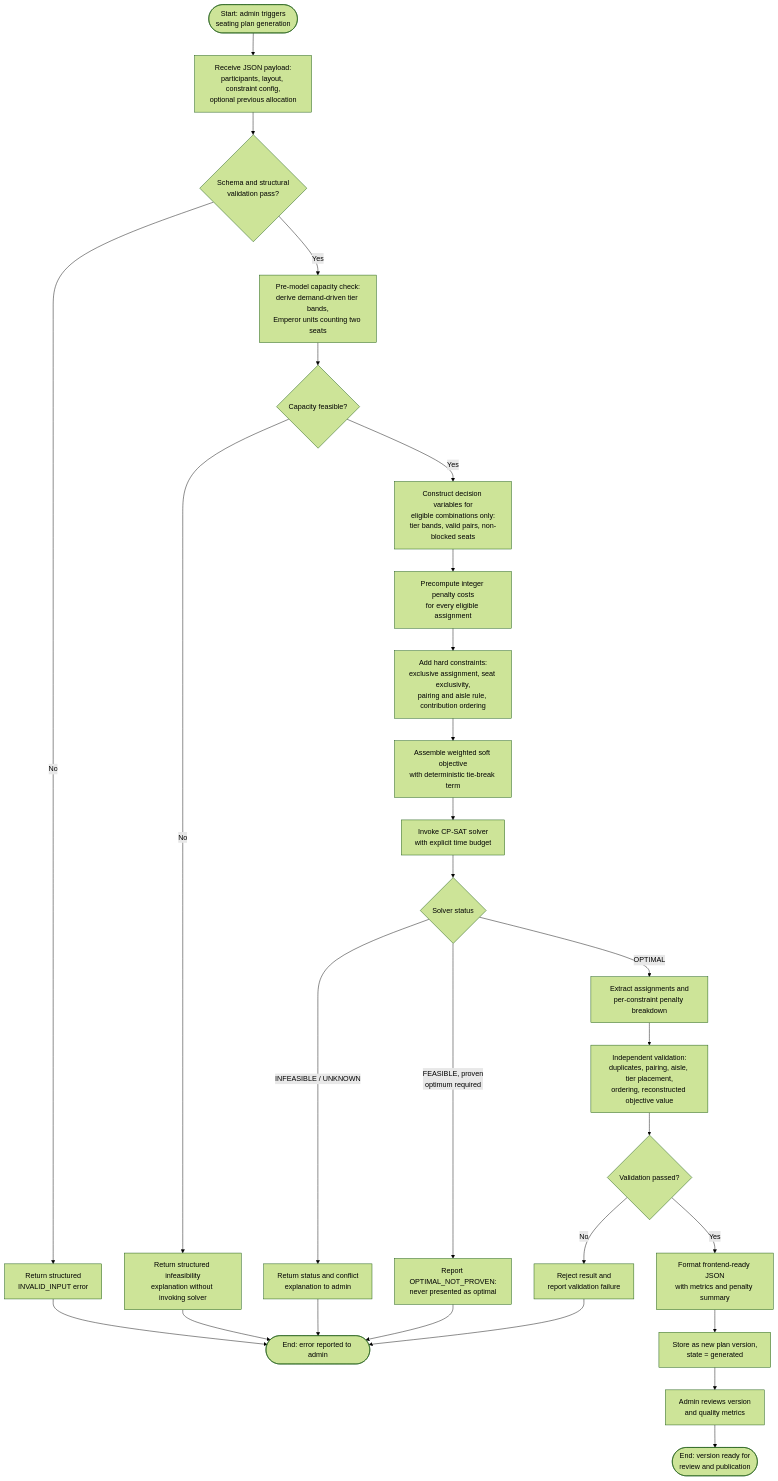
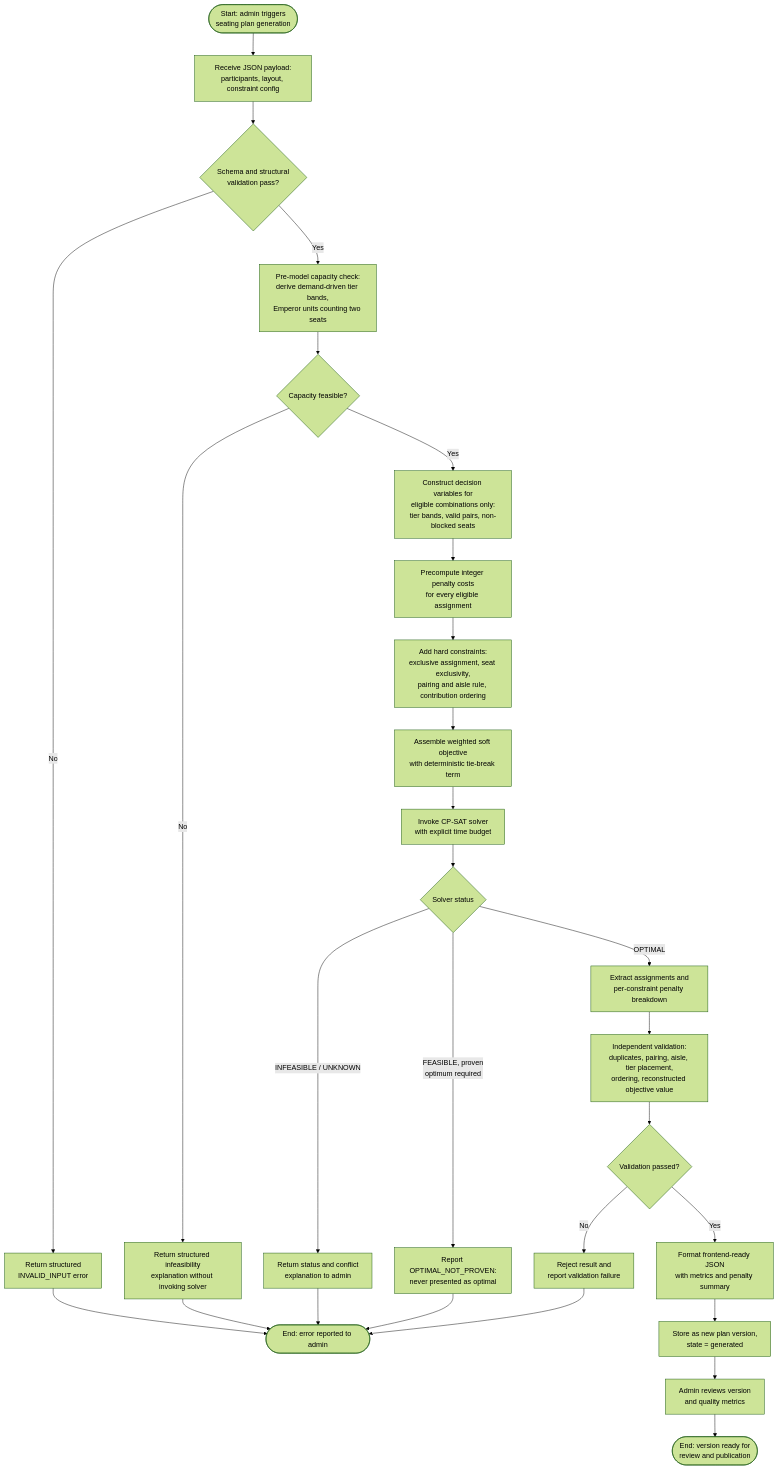
The eighth of 11 diagrams in FYP1/fyp_interim-report-refined.md (DariusShin/FYP-Seating-Allocation), drawn with Mermaid (forest theme) before and after one commit. The commit also changed other lines of this file and 8 other files, not shown here.

````diff
--- a/FYP1/fyp_interim-report-refined.md
+++ b/FYP1/fyp_interim-report-refined.md
@@ -526,25 +521,25 @@
 ```mermaid
 flowchart TD
-    S([Start: admin triggers<br/>seating plan generation]) --> A[Receive JSON payload:<br/>participants, layout, constraint config,<br/>optional previous allocation]
+    S([Start: admin triggers<br/>seating plan generation]) --> A[Receive JSON payload:<br/>participants, layout, constraint config]
     A --> B{Schema and structural<br/>validation pass?}
     B -->|No| C[Return structured<br/>INVALID_INPUT error] --> Z1([End: error reported to admin])
     B -->|Yes| D[Pre-model capacity check:<br/>derive demand-driven tier bands,<br/>Emperor units counting two seats]
     D --> E{Capacity feasible?}
     E -->|No| F[Return structured infeasibility<br/>explanation without invoking solver] --> Z1
     E -->|Yes| G[Construct decision variables for<br/>eligible combinations only:<br/>tier bands, valid pairs, non-blocked seats]
     G --> H[Precompute integer penalty costs<br/>for every eligible assignment]
     H --> I[Add hard constraints:<br/>exclusive assignment, seat exclusivity,<br/>pairing and aisle rule, contribution ordering]
     I --> J[Assemble weighted soft objective<br/>with deterministic tie-break term]
     J --> K[Invoke CP-SAT solver<br/>with explicit time budget]
     K --> L{Solver status}
     L -->|INFEASIBLE / UNKNOWN| M[Return status and conflict<br/>explanation to admin] --> Z1
     L -->|FEASIBLE, proven<br/>optimum required| N[Report OPTIMAL_NOT_PROVEN:<br/>never presented as optimal] --> Z1
     L -->|OPTIMAL| O[Extract assignments and<br/>per-constraint penalty breakdown]
     O --> P[Independent validation:<br/>duplicates, pairing, aisle, tier placement,<br/>ordering, reconstructed objective value]
     P --> Q{Validation passed?}
     Q -->|No| R[Reject result and<br/>report validation failure] --> Z1
     Q -->|Yes| T[Format frontend-ready JSON<br/>with metrics and penalty summary]
     T --> U[Store as new plan version,<br/>state = generated]
     U --> V[Admin reviews version<br/>and quality metrics]
     V --> Z2([End: version ready for<br/>review and publication])
 ```
````
